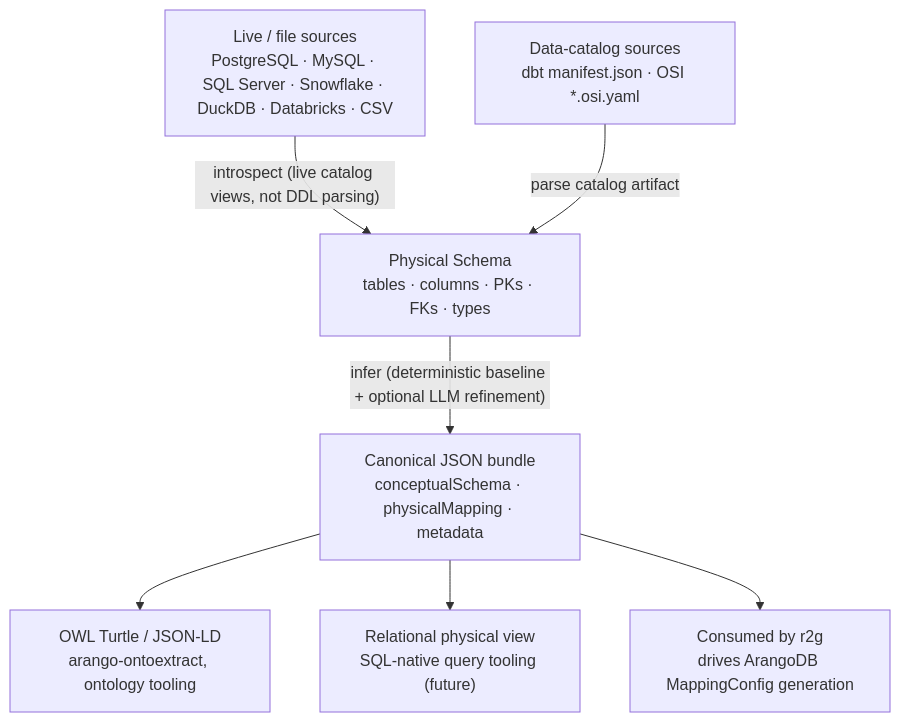
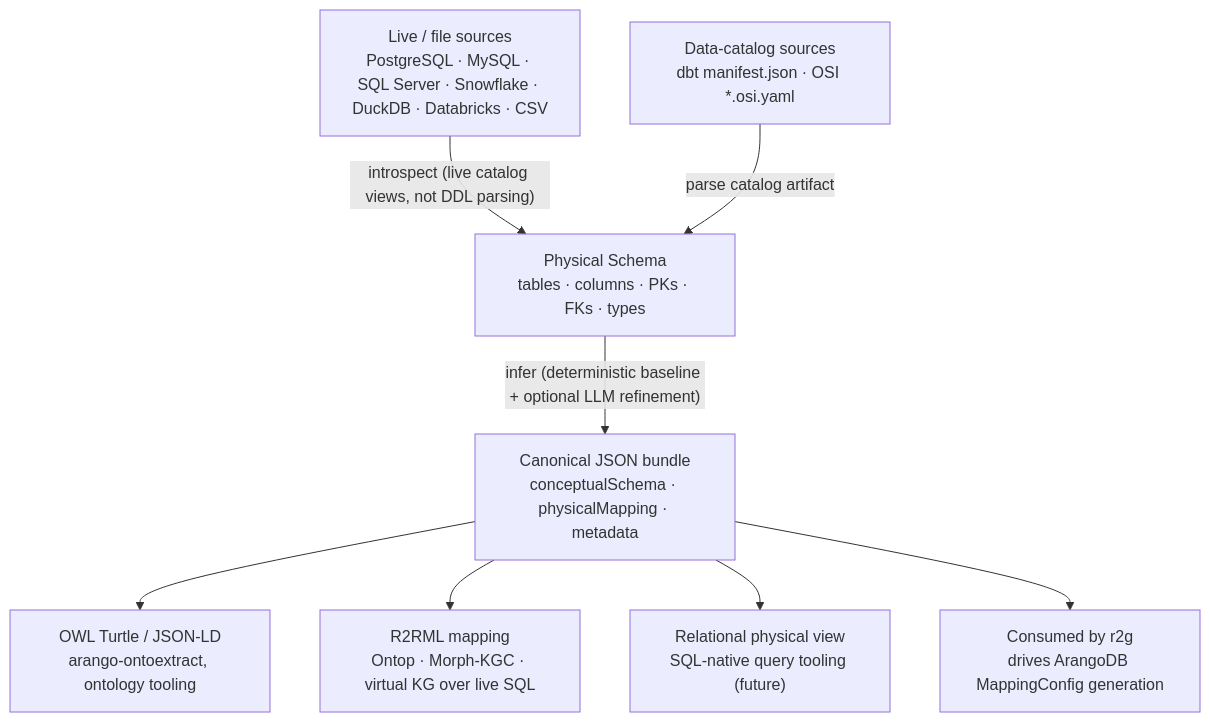
One commit to ArthurKeen/relational-schema-analyzer changed the diagram in README.md. Above: the diagram before and after it, drawn with Mermaid. The commit also changed other lines of this file, not shown here.

````diff
--- a/README.md
+++ b/README.md
@@ -14,17 +15,19 @@
 ```mermaid
 flowchart TD
     live["Live / file sources<br/>PostgreSQL · MySQL · SQL Server · Snowflake · DuckDB · Databricks · CSV"]
     catalog["Data-catalog sources<br/>dbt manifest.json · OSI *.osi.yaml"]
     phys["Physical Schema<br/>tables · columns · PKs · FKs · types"]
     bundle["Canonical JSON bundle<br/>conceptualSchema · physicalMapping · metadata"]
     owl["OWL Turtle / JSON-LD<br/>arango-ontoextract, ontology tooling"]
+    r2rml["R2RML mapping<br/>Ontop · Morph-KGC · virtual KG over live SQL"]
     view["Relational physical view<br/>SQL-native query tooling (future)"]
     r2g["Consumed by r2g<br/>drives ArangoDB MappingConfig generation"]
 
     live -->|"introspect (live catalog views, not DDL parsing)"| phys
     catalog -->|"parse catalog artifact"| phys
     phys -->|"infer (deterministic baseline + optional LLM refinement)"| bundle
     bundle --> owl
+    bundle --> r2rml
     bundle --> view
     bundle --> r2g
 ```
````
